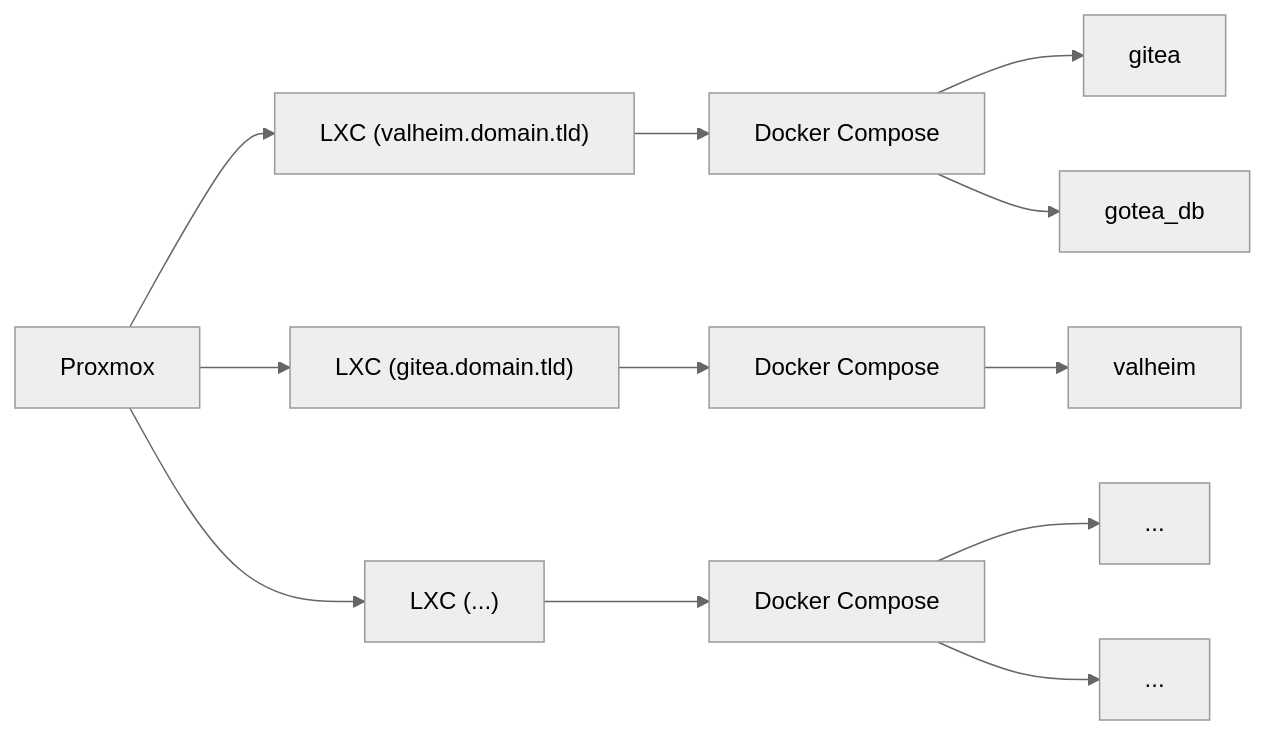
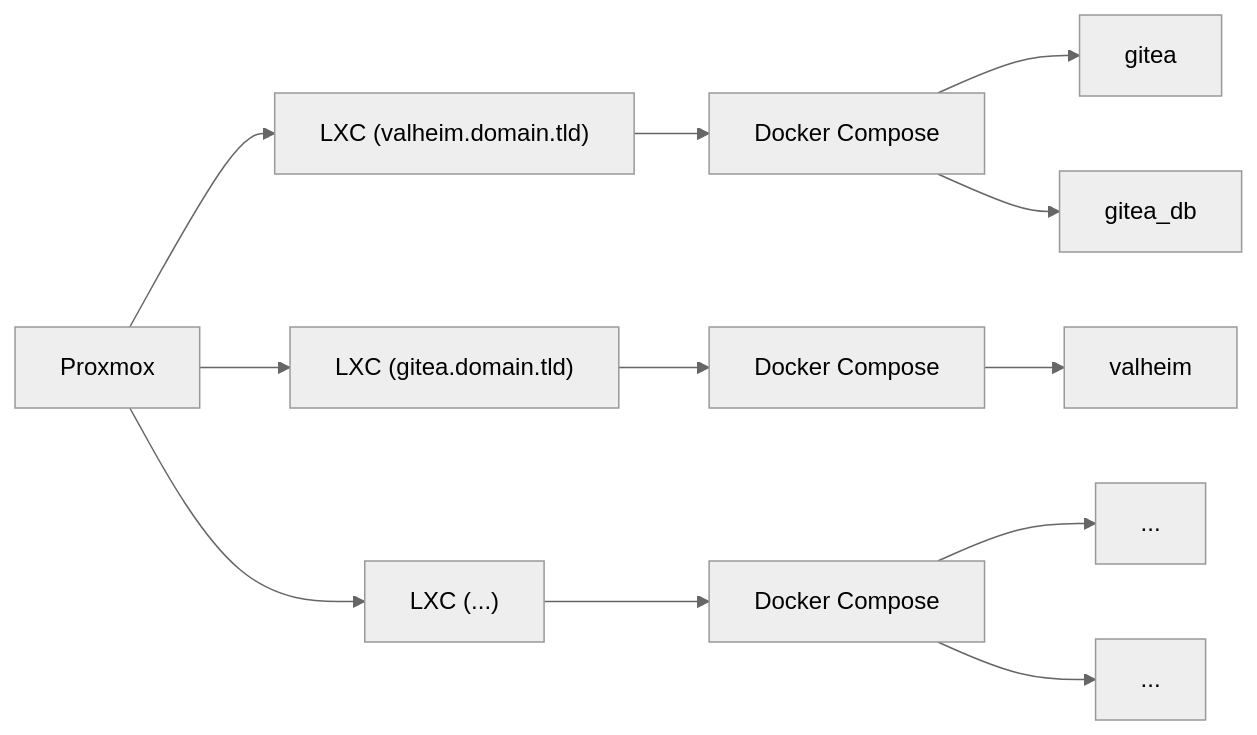
One commit to jamolnng/lder.dev changed the diagram in _posts/2022-06-11-100-days-of-homelab.md. Above: the diagram before and after it, drawn with Mermaid (neutral theme). The commit also changed other lines of this file, not shown here.

Commit message:
post(100 days of homelab): add headers to day 1

````diff
--- a/_posts/2022-06-11-100-days-of-homelab.md
+++ b/_posts/2022-06-11-100-days-of-homelab.md
@@ -49,14 +49,14 @@
   ```mermaid
   flowchart LR
       A[Proxmox] --> B1["LXC (valheim.domain.tld)"]
       A[Proxmox] --> B2["LXC (gitea.domain.tld)"]
       A[Proxmox] --> B3["LXC (...)"]
       B1 --> C1[Docker Compose]
       C1 --> D1[gitea]
-      C1 --> E1[gotea_db]
+      C1 --> E1[gitea_db]
       B2 --> C2[Docker Compose]
       C2 --> D2[valheim]
       B3 --> C3[Docker Compose]
       C3 --> D3[...]
       C3 --> E3[...]
   ```
````
